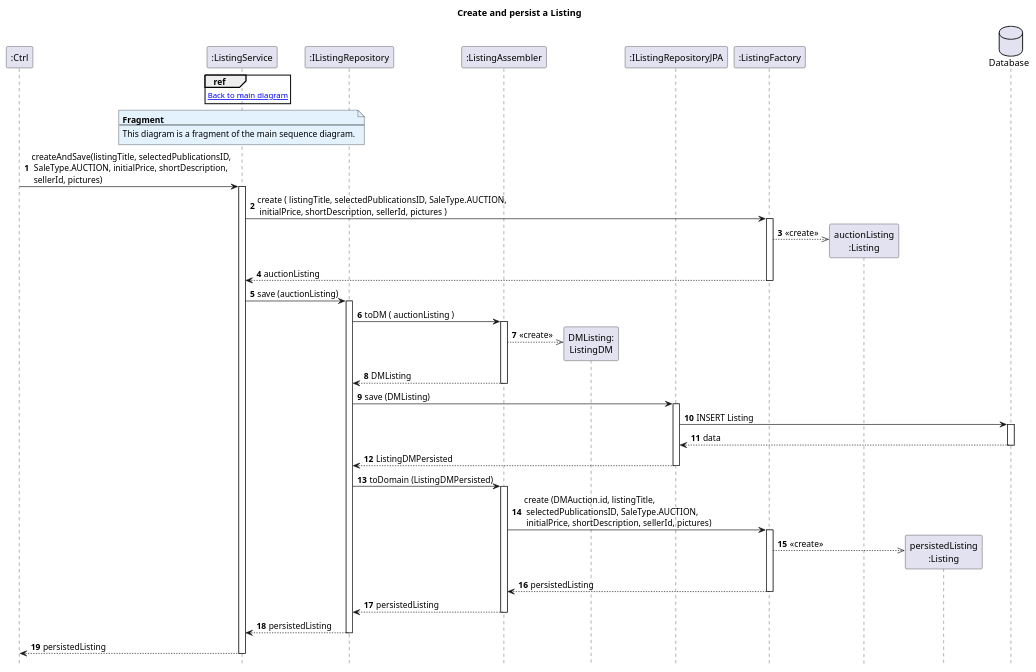
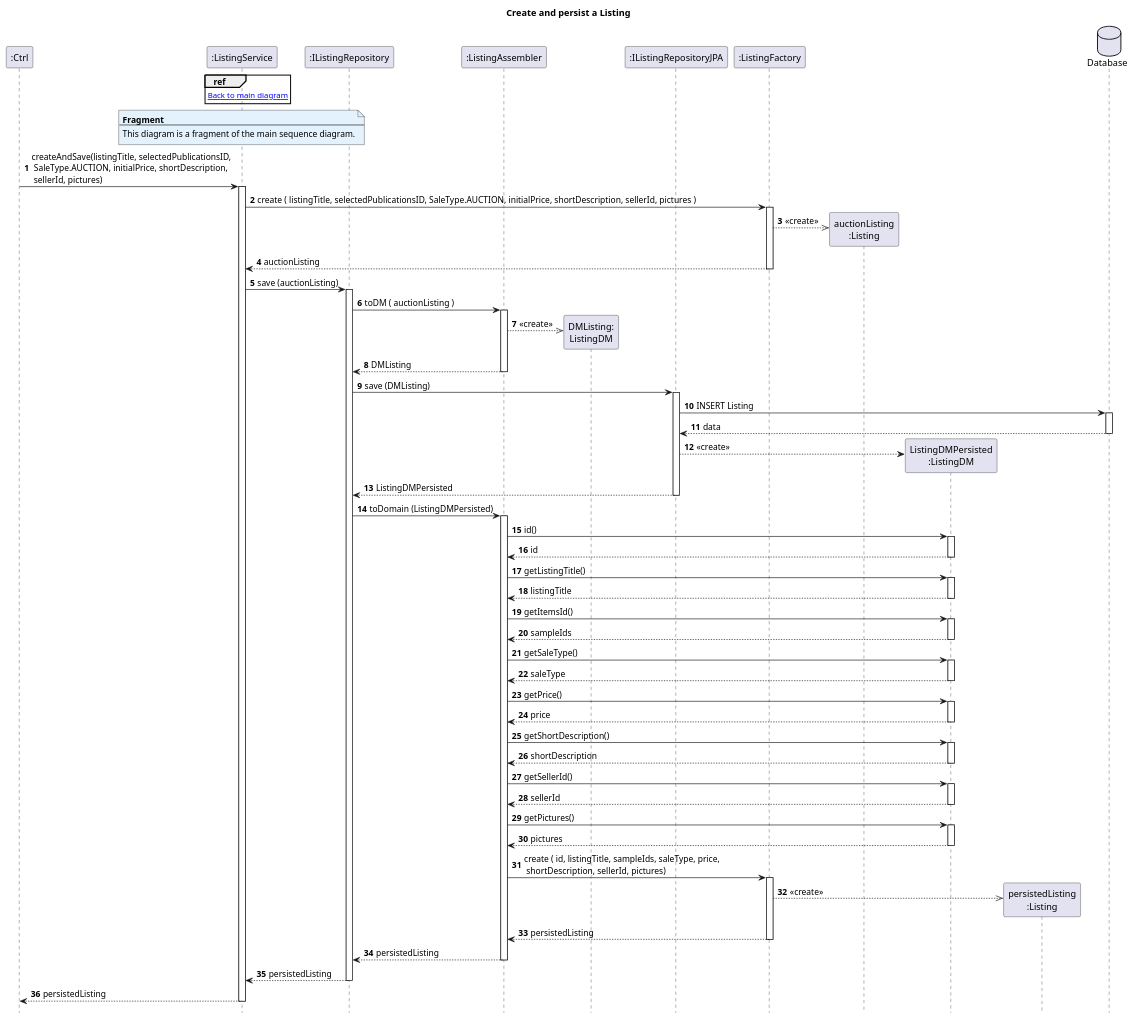
Before and after one commit to AndrePereiraGitH/SWitCH-Project-Team_A: the diagram in Diagrams/SequenceDiagrams/N2/Sale-publication-in-auction/3.CreateAndPersistListing.puml, drawn with PlantUML. The commit also changed 2 other files, not shown here.

Commit message:
docs #650: SD detail JPA persistence and reconstruction flows

```diff
--- a/Diagrams/SequenceDiagrams/N2/Sale-publication-in-auction/3.CreateAndPersistListing.puml
+++ b/Diagrams/SequenceDiagrams/N2/Sale-publication-in-auction/3.CreateAndPersistListing.puml
@@ -1,93 +1,140 @@
 @startuml
 
 autonumber
 hide footbox
 title Create and persist a Listing
 
 participant ":Ctrl" as ctrl
 participant ":ListingService" as listingService
 
 participant ":IListingRepository" as listingRepo
 
 participant ":ListingAssembler" as listingAssembler
 participant "DMListing:\nListingDM" as DMListing
 
 participant ":IListingRepositoryJPA" as listingRepoJPA
 
 participant ":ListingFactory" as listingFactory
 participant "auctionListing\n:Listing" as auctionListing
+
+participant "ListingDMPersisted\n:ListingDM" as ListingDMPersisted
 
 participant "persistedListing\n:Listing" as persistedListing
 
 
 database "Database" as db
 
 
 ref over listingService
 [[1.MainDiagram.puml Back to main diagram]]
 end ref
 
 note over listingService #E3F2FD
 <b>Fragment</b>
 ---
 This diagram is a fragment of the main sequence diagram.
 end note
 
 ' ------- CREATE LISTING INSTANCE ---------------------
 
 
 ctrl -> listingService : createAndSave(listingTitle, selectedPublicationsID,\n SaleType.AUCTION, initialPrice, shortDescription,\n sellerId, pictures)
 activate listingService
 
-listingService -> listingFactory : create ( listingTitle, selectedPublicationsID, SaleType.AUCTION,\n initialPrice, shortDescription, sellerId, pictures )
+
+
+
+listingService -> listingFactory : create ( listingTitle, selectedPublicationsID, SaleType.AUCTION, initialPrice, shortDescription, sellerId, pictures )
 activate listingFactory
 listingFactory -->> auctionListing** : <<create>>
 listingFactory --> listingService : auctionListing
 deactivate listingFactory
 
 
 ' ------ save Listing ------
 listingService -> listingRepo : save (auctionListing)
 activate listingRepo
 
 ' ------ CONVERT DOMAIN INSTANCE IN DOMAIN MODEL --------
 
 listingRepo -> listingAssembler : toDM ( auctionListing )
 activate listingAssembler
 listingAssembler -->> DMListing** : <<create>>
 listingAssembler --> listingRepo : DMListing
 deactivate listingAssembler
 
 
 ' ------------- JPA PERSISTENCE ----------------
 listingRepo -> listingRepoJPA : save (DMListing)
 activate listingRepoJPA
 listingRepoJPA -> db : INSERT Listing
 activate db
 db --> listingRepoJPA : data
 deactivate db
+listingRepoJPA --> ListingDMPersisted** : <<create>>
 listingRepoJPA --> listingRepo : ListingDMPersisted
 deactivate listingRepoJPA
+
 
 
 
 ' ----------- CONVERT PERSISTED DATA FROM DM TO DOMAIN -------
 listingRepo -> listingAssembler : toDomain (ListingDMPersisted)
 activate listingAssembler
 
-listingAssembler -> listingFactory : create (DMAuction.id, listingTitle,\n selectedPublicationsID, SaleType.AUCTION,\n initialPrice, shortDescription, sellerId, pictures)
+listingAssembler -> ListingDMPersisted : id()
+activate ListingDMPersisted
+ListingDMPersisted --> listingAssembler : id
+deactivate ListingDMPersisted
+
+listingAssembler -> ListingDMPersisted : getListingTitle()
+activate ListingDMPersisted
+ListingDMPersisted --> listingAssembler : listingTitle
+deactivate ListingDMPersisted
+
+listingAssembler -> ListingDMPersisted : getItemsId()
+activate ListingDMPersisted
+ListingDMPersisted --> listingAssembler : sampleIds
+deactivate ListingDMPersisted
+
+listingAssembler -> ListingDMPersisted : getSaleType()
+activate ListingDMPersisted
+ListingDMPersisted --> listingAssembler : saleType
+deactivate ListingDMPersisted
+
+listingAssembler -> ListingDMPersisted : getPrice()
+activate ListingDMPersisted
+ListingDMPersisted --> listingAssembler : price
+deactivate ListingDMPersisted
+
+listingAssembler -> ListingDMPersisted : getShortDescription()
+activate ListingDMPersisted
+ListingDMPersisted --> listingAssembler : shortDescription
+deactivate ListingDMPersisted
+
+listingAssembler -> ListingDMPersisted : getSellerId()
+activate ListingDMPersisted
+ListingDMPersisted --> listingAssembler : sellerId
+deactivate ListingDMPersisted
+
+listingAssembler -> ListingDMPersisted : getPictures()
+activate ListingDMPersisted
+ListingDMPersisted --> listingAssembler : pictures
+deactivate ListingDMPersisted
+
+listingAssembler -> listingFactory : create ( id, listingTitle, sampleIds, saleType, price,\n shortDescription, sellerId, pictures)
 activate listingFactory
 listingFactory -->> persistedListing** : <<create>>
 listingFactory --> listingAssembler : persistedListing
 deactivate listingFactory
 
 listingAssembler --> listingRepo : persistedListing
 deactivate listingAssembler
 
 listingRepo --> listingService : persistedListing
 deactivate listingRepo
 listingService --> ctrl : persistedListing
 deactivate listingService
 
 
 @enduml
```
